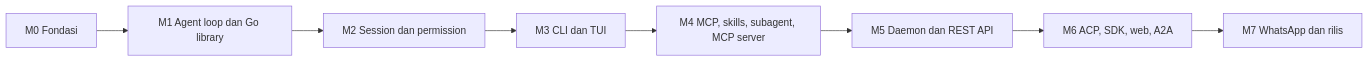
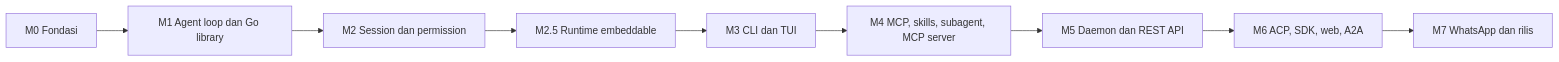
The sixth of 6 diagrams in docs/diagram/0001-system-context-dan-roadmap.md (ridhomujizat/lana-harness), drawn with Mermaid before and after one commit. The commit also changed other lines of this file and 21 other files, not shown here.

First line of the commit message:
docs: complete specs #2-#4 and add embeddable runtime ADR

````diff
--- a/docs/diagram/0001-system-context-dan-roadmap.md
+++ b/docs/diagram/0001-system-context-dan-roadmap.md
@@ -199,10 +199,11 @@
 ```mermaid
 flowchart LR
   M0["M0 Fondasi"] --> M1["M1 Agent loop dan Go library"]
   M1 --> M2["M2 Session dan permission"]
-  M2 --> M3["M3 CLI dan TUI"]
+  M2 --> M25["M2.5 Runtime embeddable"]
+  M25 --> M3["M3 CLI dan TUI"]
   M3 --> M4["M4 MCP, skills, subagent, MCP server"]
   M4 --> M5["M5 Daemon dan REST API"]
   M5 --> M6["M6 ACP, SDK, web, A2A"]
   M6 --> M7["M7 WhatsApp dan rilis"]
 ```
````
